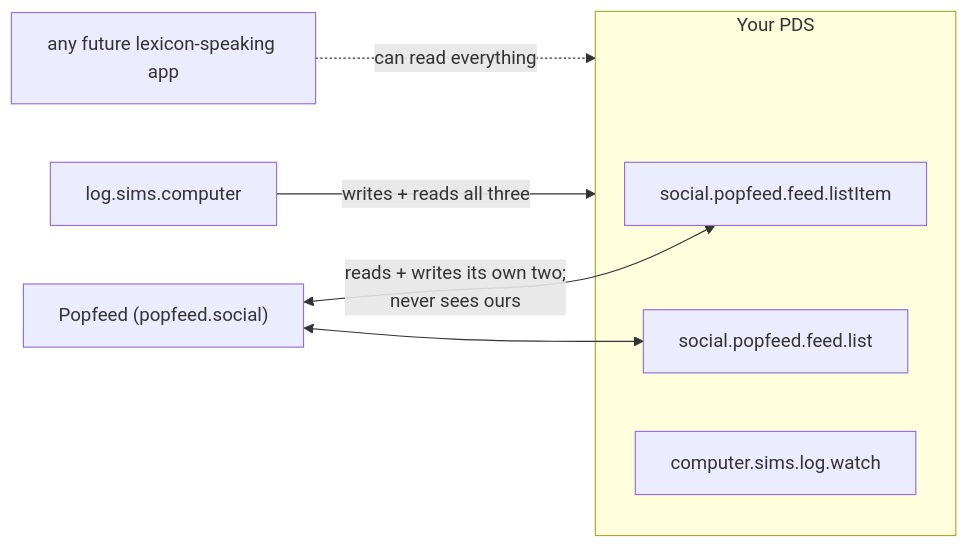
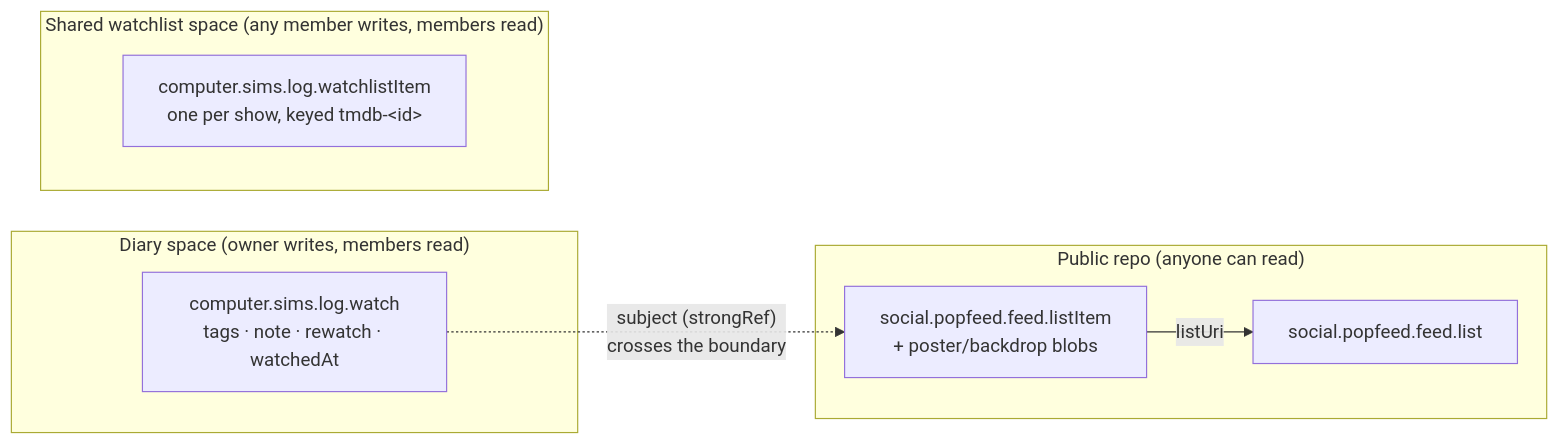
One commit to simsinght/log.sims.computer changed the diagram in docs/lexicons.md. Above: the diagram before and after it, drawn with Mermaid. The commit also changed other lines of this file, not shown here.

Commit message:
docs: complete lexicon reference — shapes, public/private taxonomy, spaces & permissions

````diff
--- a/docs/lexicons.md
+++ b/docs/lexicons.md
@@ -7,13 +51,15 @@
 ```mermaid
 flowchart LR
-  subgraph pds ["Your PDS"]
-    ITEM["social.popfeed.feed.listItem"]
+  subgraph pub ["Public repo (anyone can read)"]
     LIST["social.popfeed.feed.list"]
-    WATCH["computer.sims.log.watch"]
+    ITEM["social.popfeed.feed.listItem<br/>+ poster/backdrop blobs"]
   end
-
-  US["log.sims.computer"] -->|writes + reads all three| pds
-  PF["Popfeed (popfeed.social)"] <-->|reads + writes its own two;<br/>never sees ours| ITEM
-  PF <--> LIST
-  ANY["any future lexicon-speaking app"] -.->|can read everything| pds
+  subgraph diary ["Diary space (owner writes, members read)"]
+    WATCH["computer.sims.log.watch<br/>tags · note · rewatch · watchedAt"]
+  end
+  subgraph wl ["Shared watchlist space (any member writes, members read)"]
+    WLI["computer.sims.log.watchlistItem<br/>one per show, keyed tmdb-&lt;id&gt;"]
+  end
+  ITEM -->|listUri| LIST
+  WATCH -.->|"subject (strongRef)<br/>crosses the boundary"| ITEM
 ```
````
